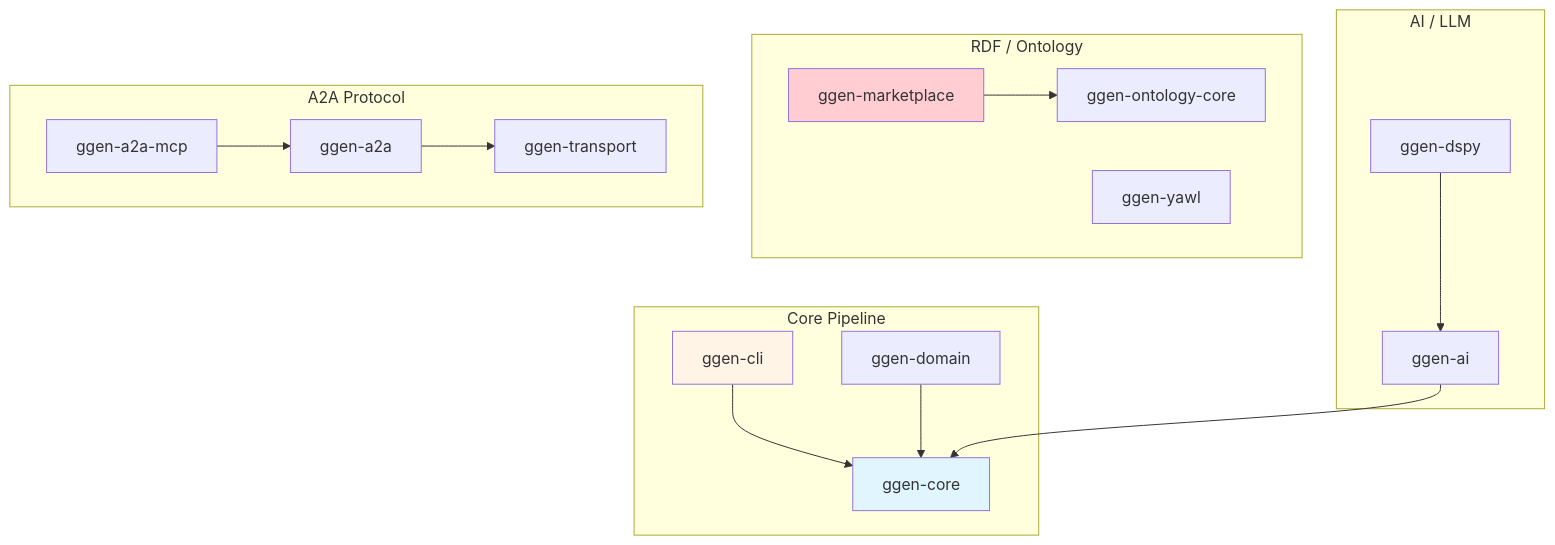
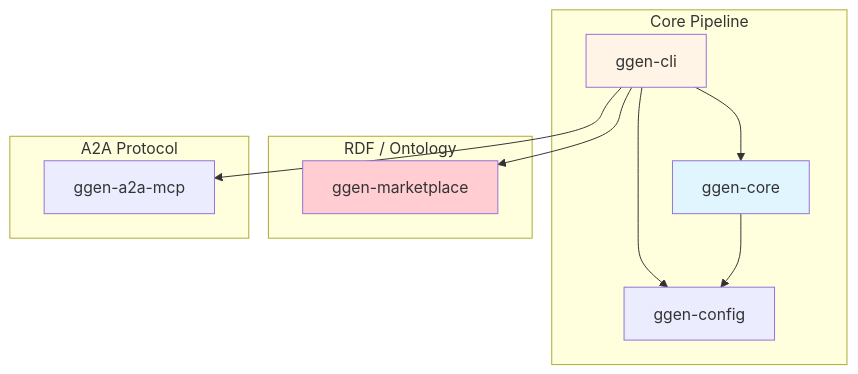
The second of 2 diagrams in README.md (seanchatmangpt/ggen), drawn with Mermaid before and after one commit. The commit also changed other lines of this file and 9 other files, not shown here.

````diff
--- a/README.md
+++ b/README.md
@@ -139,38 +94,26 @@
 ```mermaid
 flowchart TD
     subgraph Core["Core Pipeline"]
         GCORE["ggen-core"]
         GCLI["ggen-cli"]
-        GDOMAIN["ggen-domain"]
-    end
-
-    subgraph AI["AI / LLM"]
-        GAI["ggen-ai"]
-        GDSPY["ggen-dspy"]
+        GCONF["ggen-config"]
     end
 
     subgraph Ontology["RDF / Ontology"]
-        GONT["ggen-ontology-core"]
         GMKT["ggen-marketplace"]
-        GYAWL["ggen-yawl"]
     end
 
     subgraph A2A["A2A Protocol"]
-        GA2A["ggen-a2a"]
         GMCP["ggen-a2a-mcp"]
-        GTRANSPORT["ggen-transport"]
     end
 
     GCLI --> GCORE
-    GDOMAIN --> GCORE
-    GAI --> GCORE
-    GMKT --> GONT
-
-    GDSPY --> GAI
-    GA2A --> GTRANSPORT
-    GMCP --> GA2A
+    GCLI --> GCONF
+    GCORE --> GCONF
+    GCLI --> GMKT
+    GCLI --> GMCP
 
     style GCORE fill:#e1f5ff
     style GCLI fill:#fff4e6
     style GMKT fill:#ffcdd2
 ```
````
